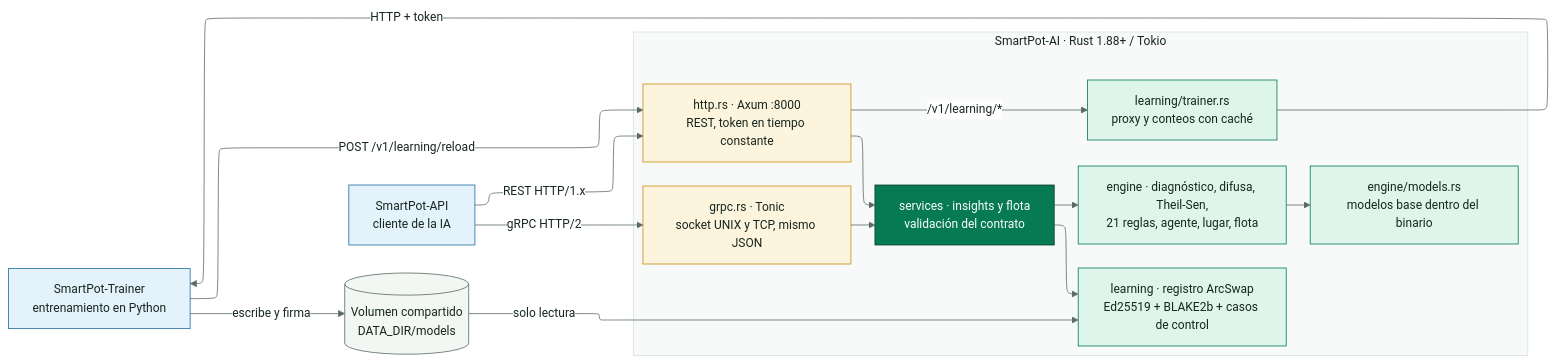
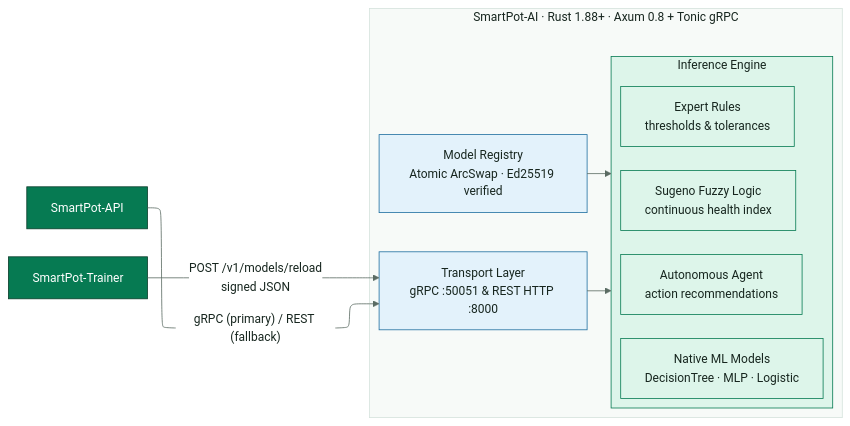
The diagram in docs/diagrams/SmartPot_IA_Rust_Global_Component.mmd (SmartPotTech/SmartPot-AI), drawn with Mermaid before and after one commit. The commit also changed 11 other files, not shown here.

Commit message:
docs(specs): synchronize 100% english documentation, diagrams, and formal deliverables

```diff
--- a/docs/diagrams/SmartPot_IA_Rust_Global_Component.mmd
+++ b/docs/diagrams/SmartPot_IA_Rust_Global_Component.mmd
@@ -1,37 +1,27 @@
 %%{init: {"theme": "base", "fontFamily": "Segoe UI, Arial, sans-serif", "themeVariables": {"fontFamily": "Segoe UI, Arial, sans-serif", "fontSize": "15px", "primaryColor": "#DDF5EA", "primaryTextColor": "#17261F", "primaryBorderColor": "#067A52", "secondaryColor": "#E3F2FB", "secondaryTextColor": "#17261F", "secondaryBorderColor": "#1F6FA0", "tertiaryColor": "#F2F7F4", "tertiaryTextColor": "#17261F", "tertiaryBorderColor": "#D5E3DC", "lineColor": "#5B6B63", "textColor": "#17261F", "mainBkg": "#DDF5EA", "nodeBorder": "#067A52", "clusterBkg": "#F7FAF8", "clusterBorder": "#D5E3DC", "edgeLabelBackground": "#FFFFFF", "actorBkg": "#067A52", "actorBorder": "#0B3D2B", "actorTextColor": "#FFFFFF", "actorLineColor": "#5B6B63", "signalColor": "#17261F", "signalTextColor": "#17261F", "labelBoxBkgColor": "#0B3D2B", "labelBoxBorderColor": "#0B3D2B", "labelTextColor": "#FFFFFF", "loopTextColor": "#0B3D2B", "noteBkgColor": "#FDF4DD", "noteBorderColor": "#C98D12", "noteTextColor": "#17261F", "activationBkgColor": "#DDF5EA", "activationBorderColor": "#067A52", "attributeBackgroundColorOdd": "#FFFFFF", "attributeBackgroundColorEven": "#F2F7F4"}, "layout": "elk", "elk": {"nodePlacementStrategy": "BRANDES_KOEPF", "mergeEdges": false, "cycleBreakingStrategy": "GREEDY"}}}%%
 flowchart LR
-  api["SmartPot-API<br/>cliente de la IA"]
-  trainer["SmartPot-Trainer<br/>entrenamiento en Python"]
-  shared[("Volumen compartido<br/>DATA_DIR/models")]
-  subgraph ia["SmartPot-AI · Rust 1.88+ / Tokio"]
+  api["SmartPot-API"]
+  trainer["SmartPot-Trainer"]
+  subgraph ai["SmartPot-AI · Rust 1.88+ · Axum 0.8 + Tonic gRPC"]
     direction TB
-    rest["http.rs · Axum :8000<br/>REST, token en tiempo constante"]
-    grpc["grpc.rs · Tonic<br/>socket UNIX y TCP, mismo JSON"]
-    services["services · insights y flota<br/>validación del contrato"]
-    engine["engine · diagnóstico, difusa, Theil-Sen,<br/>21 reglas, agente, lugar, flota"]
-    base["engine/models.rs<br/>modelos base dentro del binario"]
-    learned["learning · registro ArcSwap<br/>Ed25519 + BLAKE2b + casos de control"]
-    proxy["learning/trainer.rs<br/>proxy y conteos con caché"]
+    transport["Transport Layer<br/>gRPC :50051 & REST HTTP :8000"]
+    subgraph core["Inference Engine"]
+      direction TB
+      expert["Expert Rules<br/>thresholds & tolerances"]
+      fuzzy["Sugeno Fuzzy Logic<br/>continuous health index"]
+      nativeml["Native ML Models<br/>DecisionTree · MLP · Logistic"]
+      agent["Autonomous Agent<br/>action recommendations"]
+    end
+    store["Model Registry<br/>Atomic ArcSwap · Ed25519 verified"]
   end
-  api -->|"REST HTTP/1.x"| rest
-  api -->|"gRPC HTTP/2"| grpc
-  rest & grpc --> services
-  services --> engine
-  engine --> base
-  services --> learned
-  rest -->|"/v1/learning/*"| proxy
-  proxy -->|"HTTP + token"| trainer
-  trainer -->|"escribe y firma"| shared
-  trainer -->|"POST /v1/learning/reload"| rest
-  shared -->|"solo lectura"| learned
+  api -->|"gRPC (primary) / REST (fallback)"| transport
+  trainer -->|"POST /v1/models/reload<br/>signed JSON"| transport
+  transport --> core
+  store --> core
   classDef leaf fill:#DDF5EA,stroke:#067A52,color:#17261F
   classDef water fill:#E3F2FB,stroke:#1F6FA0,color:#17261F
-  classDef sun fill:#FDF4DD,stroke:#C98D12,color:#17261F
-  classDef clay fill:#FBE9E1,stroke:#B85A38,color:#17261F
   classDef core fill:#067A52,stroke:#0B3D2B,color:#FFFFFF
-  classDef muted fill:#F2F7F4,stroke:#5B6B63,color:#17261F
-  class api,trainer water
-  class shared muted
-  class rest,grpc sun
-  class services core
-  class engine,base,learned,proxy leaf
+  classDef deep fill:#0B3D2B,stroke:#06281C,color:#FFFFFF
+  class api,trainer core
+  class transport,store water
+  class core,expert,fuzzy,nativeml,agent leaf
```
